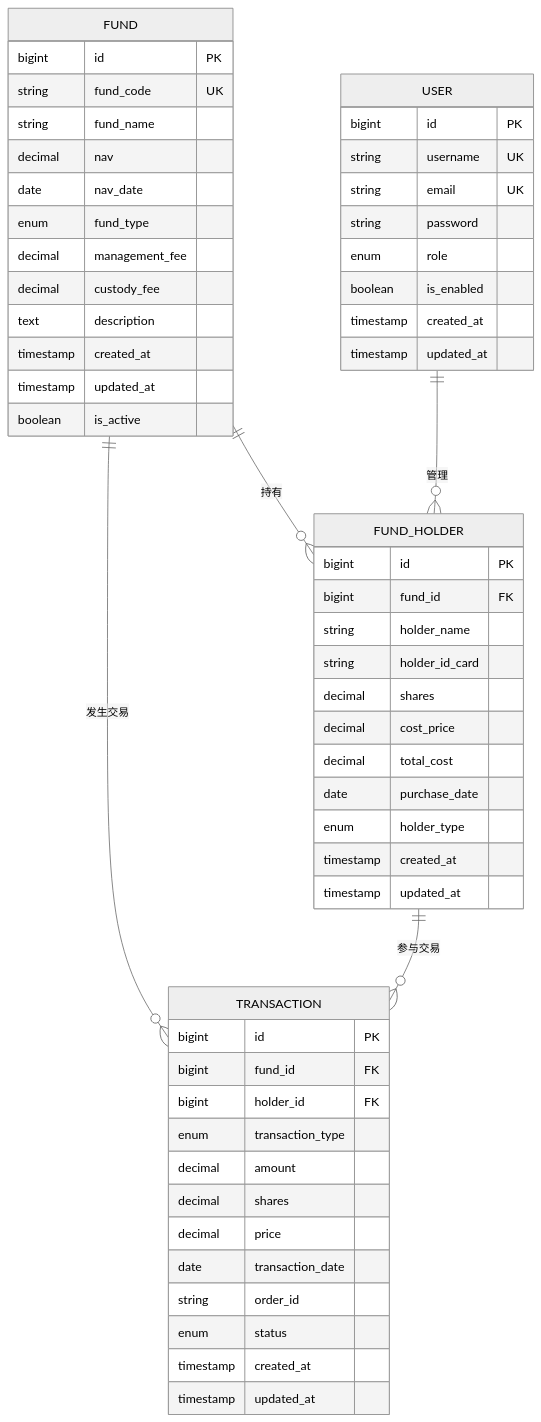
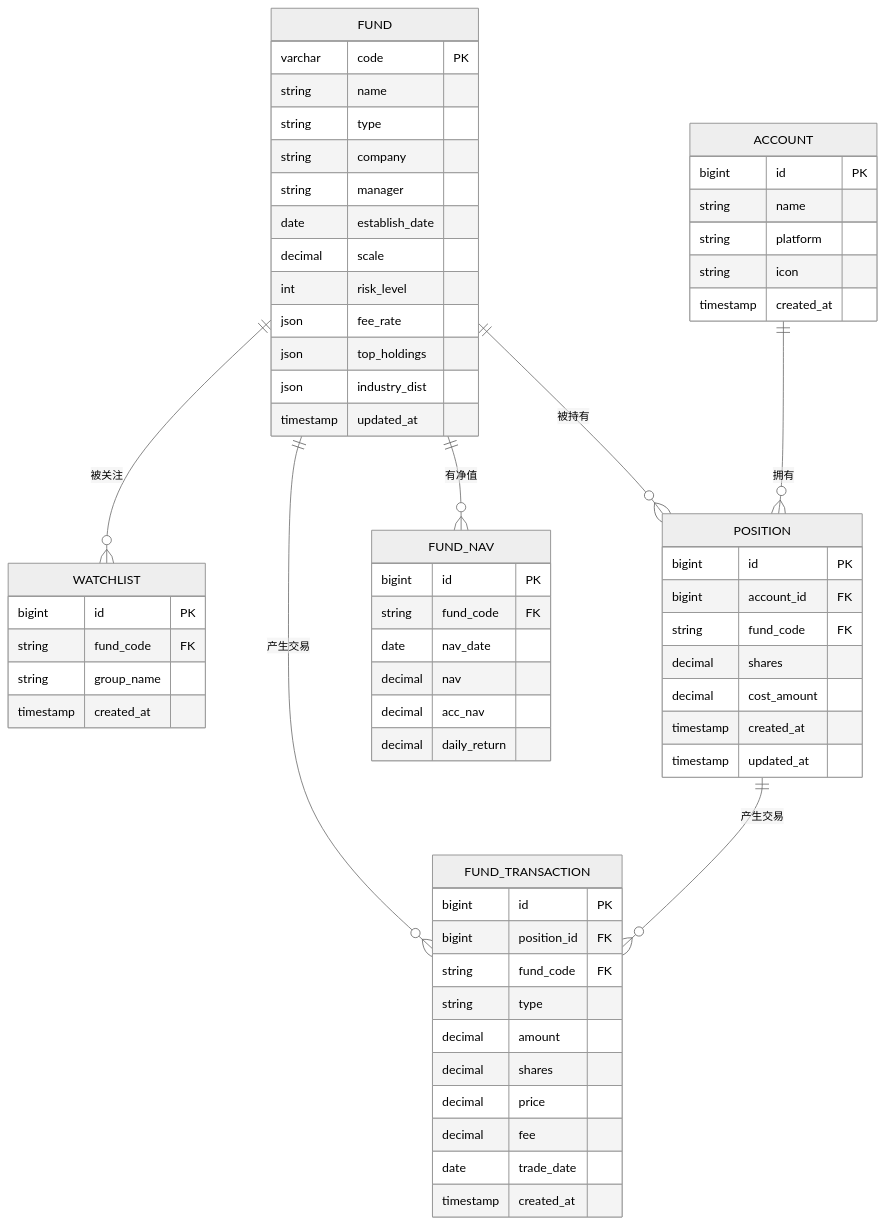
Before and after one commit to gree-coder/fund-butler: the fourth of 11 diagrams in .qoder/repowiki/zh/content/核心功能开发/核心功能开发.md, drawn with Mermaid (neutral theme). The commit also changed other lines of this file and 10 other files, not shown here.

````diff
--- a/.qoder/repowiki/zh/content/核心功能开发/核心功能开发.md
+++ b/.qoder/repowiki/zh/content/核心功能开发/核心功能开发.md
@@ -159,58 +194,65 @@
 ```mermaid
 erDiagram
+ACCOUNT {
+bigint id PK
+string name
+string platform
+string icon
+timestamp created_at
+}
 FUND {
+varchar code PK
+string name
+string type
+string company
+string manager
+date establish_date
+decimal scale
+int risk_level
+json fee_rate
+json top_holdings
+json industry_dist
+timestamp updated_at
+}
+FUND_NAV {
 bigint id PK
-string fund_code UK
-string fund_name
+string fund_code FK
+date nav_date
 decimal nav
-date nav_date
-enum fund_type
-decimal management_fee
-decimal custody_fee
-text description
-timestamp created_at
-timestamp updated_at
-boolean is_active
+decimal acc_nav
+decimal daily_return
 }
-FUND_HOLDER {
+POSITION {
 bigint id PK
-bigint fund_id FK
-string holder_name
-string holder_id_card
+bigint account_id FK
+string fund_code FK
 decimal shares
-decimal cost_price
-decimal total_cost
-date purchase_date
-enum holder_type
+decimal cost_amount
 timestamp created_at
 timestamp updated_at
 }
-TRANSACTION {
+FUND_TRANSACTION {
 bigint id PK
-bigint fund_id FK
-bigint holder_id FK
-enum transaction_type
+bigint position_id FK
+string fund_code FK
+string type
 decimal amount
 decimal shares
 decimal price
-date transaction_date
-string order_id
-enum status
+decimal fee
+date trade_date
 timestamp created_at
-timestamp updated_at
 }
-USER {
+WATCHLIST {
 bigint id PK
-string username UK
-string email UK
-string password
-enum role
-boolean is_enabled
+string fund_code FK
+string group_name
 timestamp created_at
-timestamp updated_at
 }
-FUND ||--o{ FUND_HOLDER : "持有"
-FUND ||--o{ TRANSACTION : "发生交易"
-FUND_HOLDER ||--o{ TRANSACTION : "参与交易"
-USER ||--o{ FUND_HOLDER : "管理"
+ACCOUNT ||--o{ POSITION : "拥有"
+FUND ||--o{ POSITION : "被持有"
+FUND ||--o{ FUND_NAV : "有净值"
+FUND ||--o{ FUND_TRANSACTION : "产生交易"
+POSITION ||--o{ FUND_TRANSACTION : "产生交易"
+FUND ||--o{ WATCHLIST : "被关注"
 ```
````
